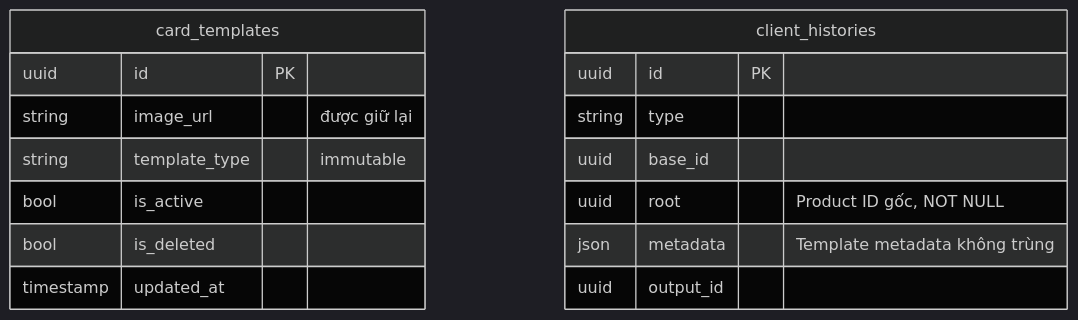
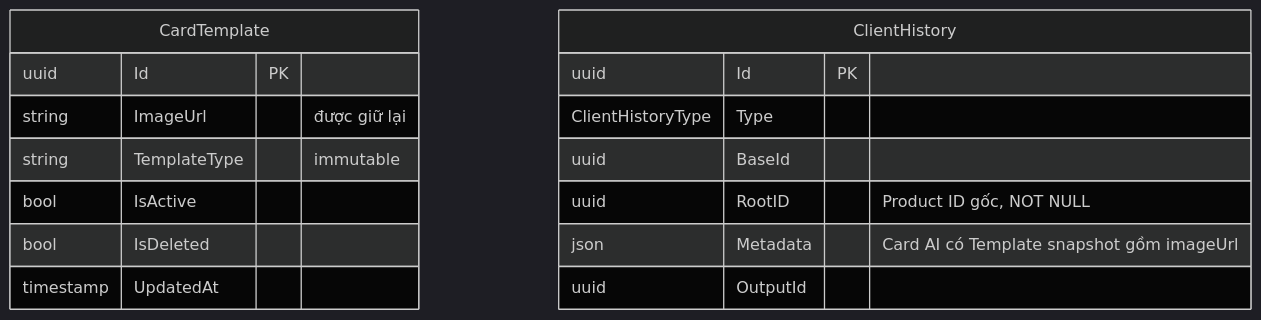
The fifth of 5 diagrams in HoaTheoMua.Repository/docs/tdd/TDD-026/TDD-026-xoa-card-template.md (TaskCoper/hoatheomua-be), drawn with Mermaid (dark theme) before and after one commit. The commit also changed other lines of this file and 499 other files, not shown here.

````diff
--- a/HoaTheoMua.Repository/docs/tdd/TDD-026/TDD-026-xoa-card-template.md
+++ b/HoaTheoMua.Repository/docs/tdd/TDD-026/TDD-026-xoa-card-template.md
@@ -147,19 +147,19 @@
 ```mermaid
 erDiagram
-    card_templates {
-        uuid id PK
-        string image_url "được giữ lại"
-        string template_type "immutable"
-        bool is_active
-        bool is_deleted
-        timestamp updated_at
+    CardTemplate {
+        uuid Id PK
+        string ImageUrl "được giữ lại"
+        string TemplateType "immutable"
+        bool IsActive
+        bool IsDeleted
+        timestamp UpdatedAt
     }
-    client_histories {
-        uuid id PK
-        string type
-        uuid base_id
-        uuid root "Product ID gốc, NOT NULL"
-        json metadata "Template metadata không trùng"
-        uuid output_id
+    ClientHistory {
+        uuid Id PK
+        ClientHistoryType Type
+        uuid BaseId
+        uuid RootID "Product ID gốc, NOT NULL"
+        json Metadata "Card AI có Template snapshot gồm imageUrl"
+        uuid OutputId
     }
 ```
````
